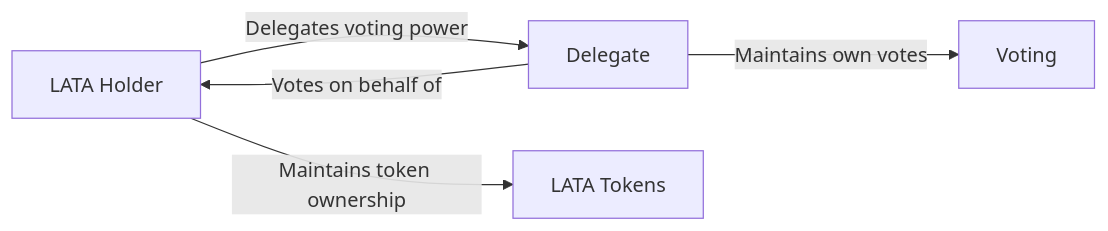
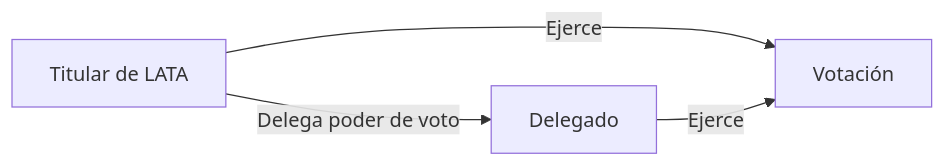
Before and after one commit to eth-ecuador/eth-ecuador-dao: the third of 4 diagrams in YellowPaper.md, drawn with Mermaid. The commit also changed other lines of this file, not shown here.

````diff
--- a/YellowPaper.md
+++ b/YellowPaper.md
@@ -249,7 +209,6 @@
 ```mermaid
 graph LR
-    A[LATA Holder] -->|Delegates voting power| B[Delegate]
-    B -->|Votes on behalf of| A
-    B -->|Maintains own votes| C[Voting]
-    A -->|Maintains token ownership| D[LATA Tokens]
+    A[Titular de LATA] -->|Delega poder de voto| B[Delegado]
+    A --> |Ejerce| C
+    B -->|Ejerce| C[Votación]
 ```
````
